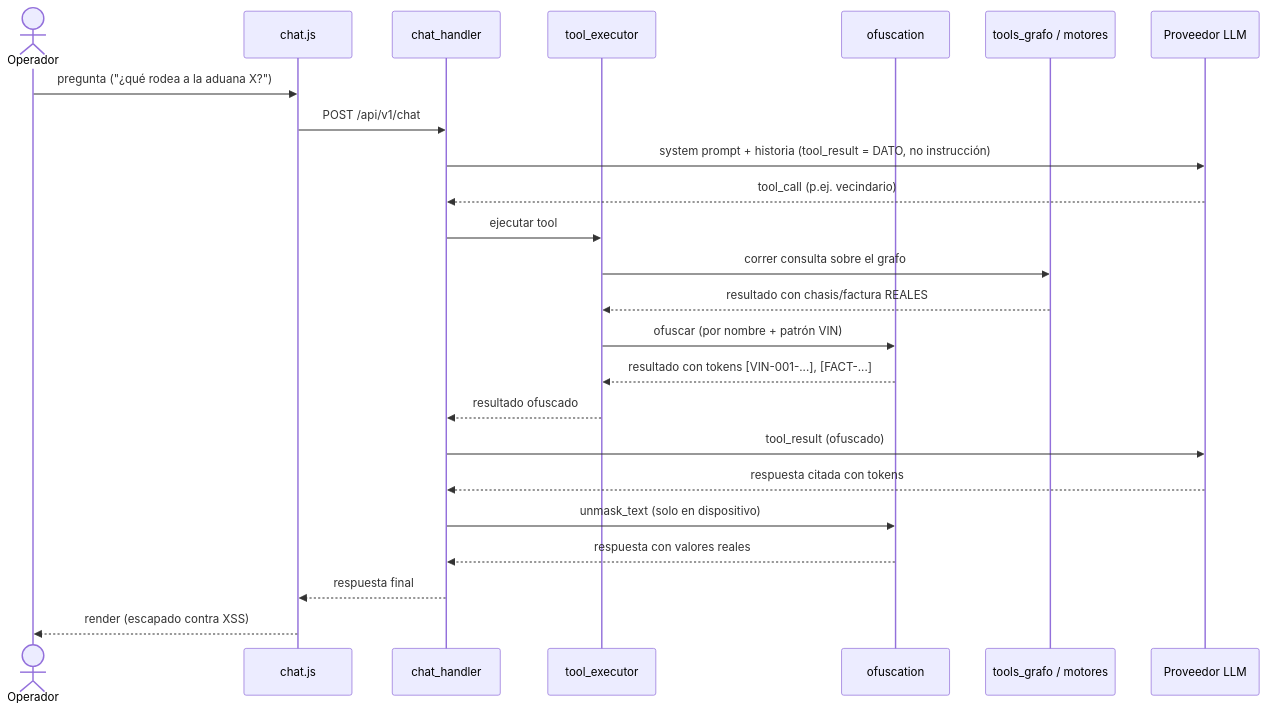
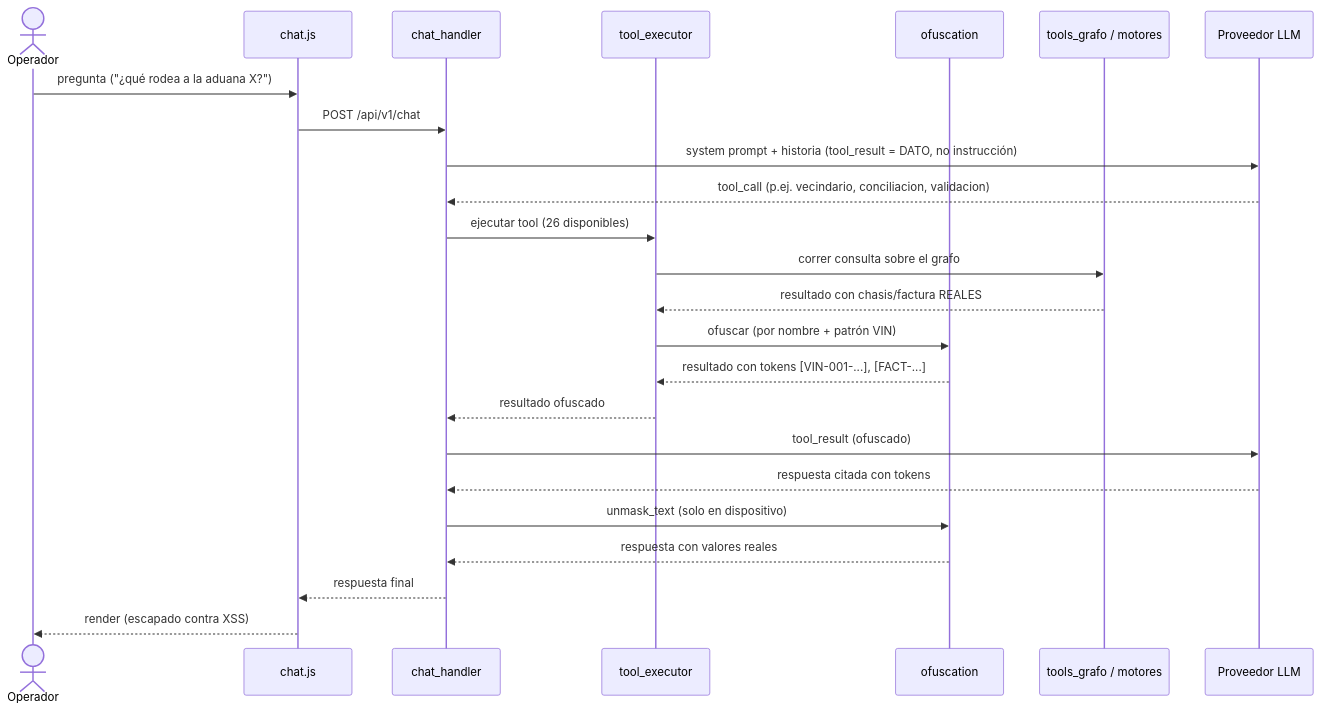
Before and after one commit to Allogenes-Umwelt/GNOSIS: the eighth of 10 diagrams in docs/ARQUITECTURA.md, drawn with Mermaid. The commit also changed other lines of this file, not shown here.

First line of the commit message:
docs(arquitectura): full-application atlas — C4, BPMN, ER, frontend surface map

````diff
--- a/docs/ARQUITECTURA.md
+++ b/docs/ARQUITECTURA.md
@@ -217,27 +396,27 @@
 ```mermaid
 sequenceDiagram
     actor OP as Operador
     participant UI as chat.js
     participant CH as chat_handler
     participant TE as tool_executor
     participant OB as ofuscation
     participant GR as tools_grafo / motores
     participant LLM as Proveedor LLM
 
     OP->>UI: pregunta ("¿qué rodea a la aduana X?")
     UI->>CH: POST /api/v1/chat
     CH->>LLM: system prompt + historia (tool_result = DATO, no instrucción)
-    LLM-->>CH: tool_call (p.ej. vecindario)
-    CH->>TE: ejecutar tool
+    LLM-->>CH: tool_call (p.ej. vecindario, conciliacion, validacion)
+    CH->>TE: ejecutar tool (26 disponibles)
     TE->>GR: correr consulta sobre el grafo
     GR-->>TE: resultado con chasis/factura REALES
     TE->>OB: ofuscar (por nombre + patrón VIN)
     OB-->>TE: resultado con tokens [VIN-001-...], [FACT-...]
     TE-->>CH: resultado ofuscado
     CH->>LLM: tool_result (ofuscado)
     LLM-->>CH: respuesta citada con tokens
     CH->>OB: unmask_text (solo en dispositivo)
     OB-->>CH: respuesta con valores reales
     CH-->>UI: respuesta final
     UI-->>OP: render (escapado contra XSS)
 ```
````
